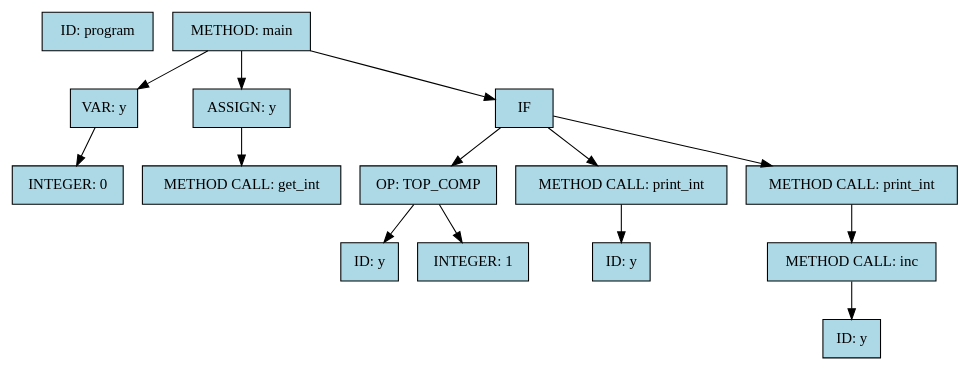
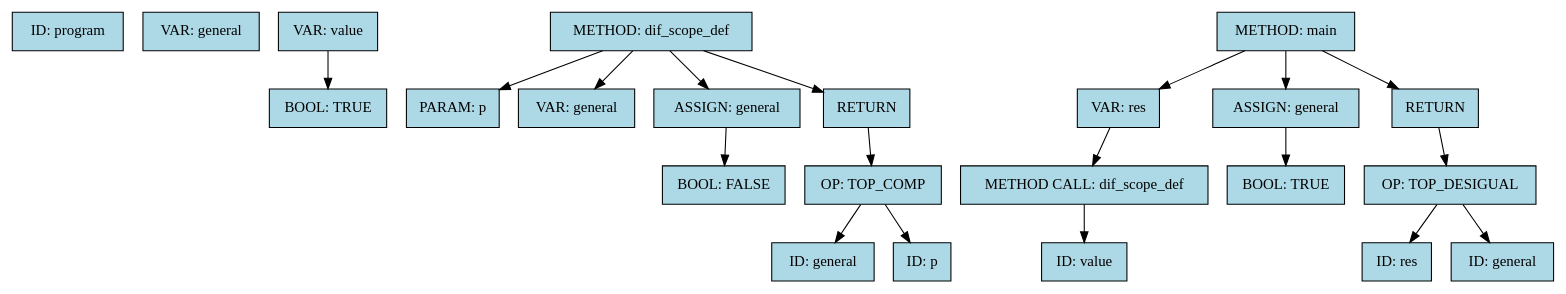
One commit to joaquinmezzano/proyecto-compiladores changed the diagram in ast.dot. Above: the diagram before and after it, drawn with Graphviz. The commit also changed 6 other files, not shown here.

```diff
--- a/ast.dot
+++ b/ast.dot
@@ -1,32 +1,45 @@
 digraph AST {
   rankdir=TB;
   node [shape=box, style=filled, fillcolor=lightblue];
   "n0" [label="ID: program"];
-  "n1" [label="METHOD: main"];
-  "n2" [label="VAR: y"];
-  "n1" -> "n2";
-  "n3" [label="INTEGER: 0"];
+  "n1" [label="VAR: general"];
+  "n2" [label="VAR: value"];
+  "n3" [label="BOOL: TRUE"];
   "n2" -> "n3";
-  "n4" [label="ASSIGN: y"];
-  "n1" -> "n4";
-  "n5" [label="METHOD CALL: get_int"];
+  "n4" [label="METHOD: dif_scope_def"];
+  "n5" [label="PARAM: p"];
   "n4" -> "n5";
-  "n6" [label="IF"];
-  "n1" -> "n6";
-  "n7" [label="OP: TOP_COMP"];
-  "n6" -> "n7";
-  "n8" [label="ID: y"];
+  "n6" [label="VAR: general"];
+  "n4" -> "n6";
+  "n7" [label="ASSIGN: general"];
+  "n4" -> "n7";
+  "n8" [label="BOOL: FALSE"];
   "n7" -> "n8";
-  "n9" [label="INTEGER: 1"];
-  "n7" -> "n9";
-  "n10" [label="METHOD CALL: print_int"];
-  "n6" -> "n10";
-  "n11" [label="ID: y"];
+  "n9" [label="RETURN"];
+  "n4" -> "n9";
+  "n10" [label="OP: TOP_COMP"];
+  "n9" -> "n10";
+  "n11" [label="ID: general"];
   "n10" -> "n11";
-  "n12" [label="METHOD CALL: print_int"];
-  "n6" -> "n12";
-  "n13" [label="METHOD CALL: inc"];
-  "n12" -> "n13";
-  "n14" [label="ID: y"];
+  "n12" [label="ID: p"];
+  "n10" -> "n12";
+  "n13" [label="METHOD: main"];
+  "n14" [label="VAR: res"];
   "n13" -> "n14";
+  "n15" [label="METHOD CALL: dif_scope_def"];
+  "n14" -> "n15";
+  "n16" [label="ID: value"];
+  "n15" -> "n16";
+  "n17" [label="ASSIGN: general"];
+  "n13" -> "n17";
+  "n18" [label="BOOL: TRUE"];
+  "n17" -> "n18";
+  "n19" [label="RETURN"];
+  "n13" -> "n19";
+  "n20" [label="OP: TOP_DESIGUAL"];
+  "n19" -> "n20";
+  "n21" [label="ID: res"];
+  "n20" -> "n21";
+  "n22" [label="ID: general"];
+  "n20" -> "n22";
 }
```
